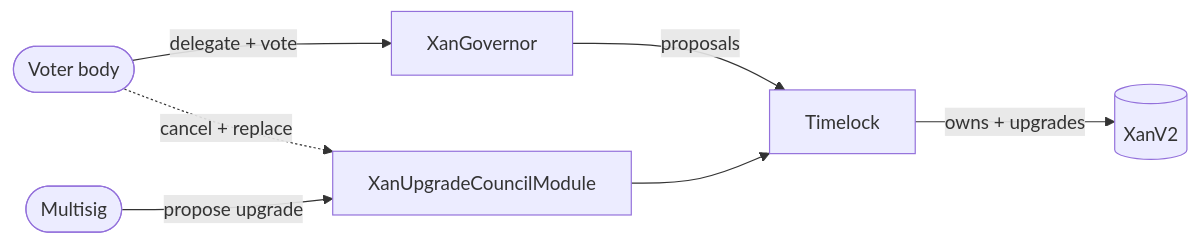
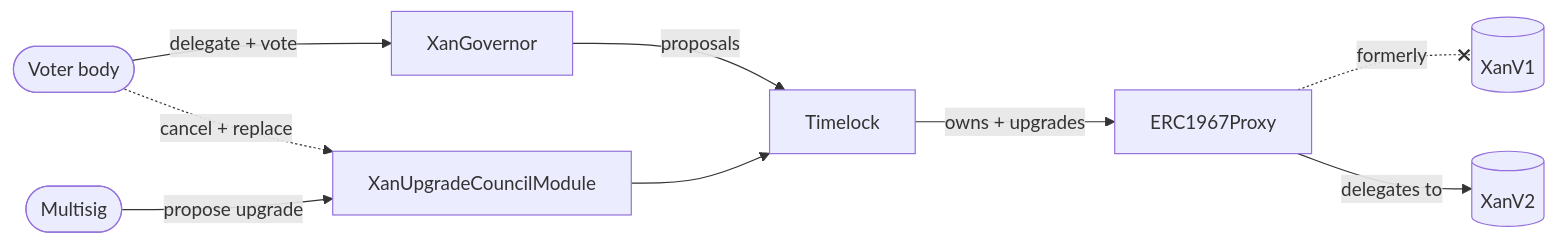
Before and after one commit to anoma/token: the diagram in CONTEXT.md, drawn with Mermaid.

Commit message:
doc: improve diagram

````diff
--- a/CONTEXT.md
+++ b/CONTEXT.md
@@ -9,17 +9,21 @@
 ```mermaid
 flowchart LR
     voters([Voter body])
     gov[XanGovernor]
     multisig([Multisig])
     module[XanUpgradeCouncilModule]
     timelock[Timelock]
+    proxy[ERC1967Proxy]
+    tokenV1[(XanV1)]
     token[(XanV2)]
 
     voters -->|delegate + vote| gov
     gov -->|proposals| timelock
     multisig -->|propose upgrade| module
     module --> timelock
-    timelock -->|owns + upgrades| token
+    timelock -->|owns + upgrades| proxy
+    proxy -. formerly .-x tokenV1
+    proxy -->|delegates to| token
 
     voters -. cancel + replace .-> module
 ```
````
